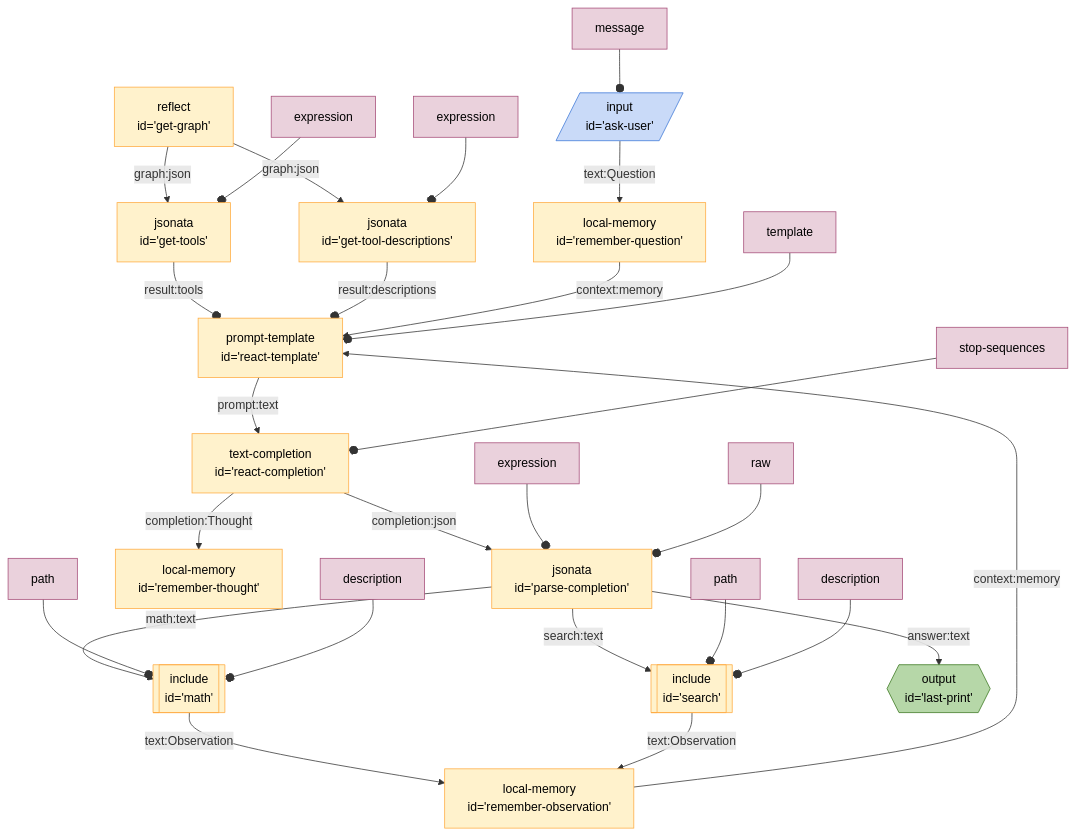
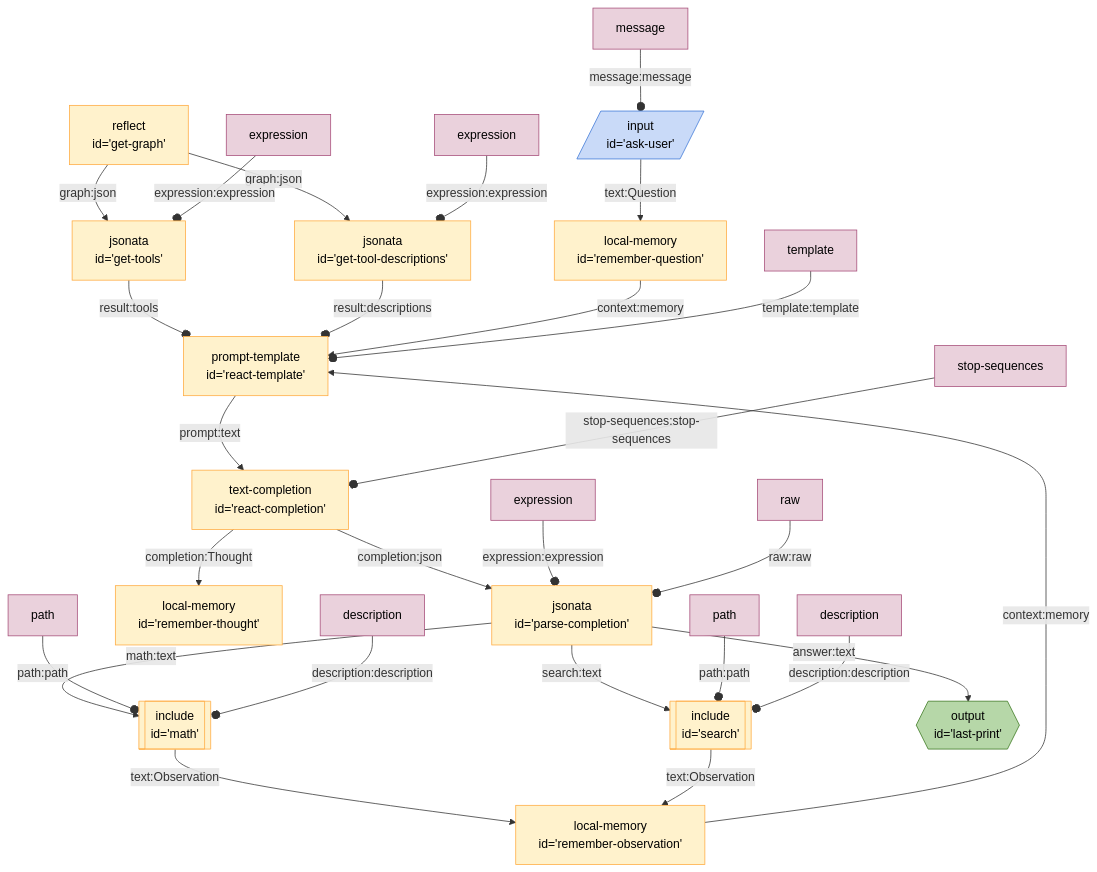
Before and after one commit to breadboard-ai/breadboard: the diagram in seeds/graph-playground/docs/graphs/react-with-jsonata.md, drawn with Mermaid. The commit also changed 13 other files, not shown here.

Commit message:
[graph] Add proper edge markers for constants.

````diff
--- a/seeds/graph-playground/docs/graphs/react-with-jsonata.md
+++ b/seeds/graph-playground/docs/graphs/react-with-jsonata.md
@@ -4,67 +4,67 @@
 ```mermaid
 %%{init: 'themeVariables': { 'fontFamily': 'Fira Code, monospace' }}%%
 graph TD;
 getgraph["reflect
 id='get-graph'"] -- graph:json --> gettools["jsonata
 id='get-tools'"]
 getgraph["reflect
 id='get-graph'"] -- graph:json --> gettooldescriptions["jsonata
 id='get-tool-descriptions'"]
 gettools["jsonata
 id='get-tools'"] -- result:tools --o reacttemplate["prompt-template
 id='react-template'"]
 gettooldescriptions["jsonata
 id='get-tool-descriptions'"] -- result:descriptions --o reacttemplate["prompt-template
 id='react-template'"]
 askuser[/"input
 id='ask-user'"/]:::input -- text:Question --> rememberquestion["local-memory
 id='remember-question'"]
 rememberquestion["local-memory
 id='remember-question'"] -- context:memory --> reacttemplate["prompt-template
 id='react-template'"]
 reacttemplate["prompt-template
 id='react-template'"] -- prompt:text --> reactcompletion["text-completion
 id='react-completion'"]
 reactcompletion["text-completion
 id='react-completion'"] -- completion:json --> parsecompletion["jsonata
 id='parse-completion'"]
 reactcompletion["text-completion
 id='react-completion'"] -- completion:Thought --> rememberthought["local-memory
 id='remember-thought'"]
 parsecompletion["jsonata
 id='parse-completion'"] -- search:text --> search[["include
 id='search'"]]:::include
 parsecompletion["jsonata
 id='parse-completion'"] -- math:text --> math[["include
 id='math'"]]:::include
 math[["include
 id='math'"]]:::include -- text:Observation --> rememberobservation["local-memory
 id='remember-observation'"]
 search[["include
 id='search'"]]:::include -- text:Observation --> rememberobservation["local-memory
 id='remember-observation'"]
 rememberobservation["local-memory
 id='remember-observation'"] -- context:memory --> reacttemplate["prompt-template
 id='react-template'"]
 parsecompletion["jsonata
 id='parse-completion'"] -- answer:text --> lastprint{{"output
 id='last-print'"}}:::output
-templatereacttemplate[template]:::config --o reacttemplate
-messageaskuser[message]:::config --o askuser
-stopsequencesreactcompletion[stop-sequences]:::config --o reactcompletion
-expressiongettools[expression]:::config --o gettools
-expressiongettooldescriptions[expression]:::config --o gettooldescriptions
-expressionparsecompletion[expression]:::config --o parsecompletion
-rawparsecompletion[raw]:::config --o parsecompletion
-pathsearch[path]:::config --o search
-descriptionsearch[description]:::config --o search
-pathmath[path]:::config --o math
-descriptionmath[description]:::config --o math
+templatereacttemplate[template]:::config -- template:template --o reacttemplate
+messageaskuser[message]:::config -- message:message --o askuser
+stopsequencesreactcompletion[stop-sequences]:::config -- stop-sequences:stop-sequences --o reactcompletion
+expressiongettools[expression]:::config -- expression:expression --o gettools
+expressiongettooldescriptions[expression]:::config -- expression:expression --o gettooldescriptions
+expressionparsecompletion[expression]:::config -- expression:expression --o parsecompletion
+rawparsecompletion[raw]:::config -- raw:raw --o parsecompletion
+pathsearch[path]:::config -- path:path --o search
+descriptionsearch[description]:::config -- description:description --o search
+pathmath[path]:::config -- path:path --o math
+descriptionmath[description]:::config -- description:description --o math
 classDef default stroke:#ffab40,fill:#fff2ccff,color:#000
 classDef input stroke:#3c78d8,fill:#c9daf8ff,color:#000
 classDef output stroke:#38761d,fill:#b6d7a8ff,color:#000
 classDef passthrough stroke:#a64d79,fill:#ead1dcff,color:#000
 classDef slot stroke:#a64d79,fill:#ead1dcff,color:#000
 classDef config stroke:#a64d79,fill:#ead1dcff,color:#000
 classDef slotted stroke:#a64d79
 ```
````
